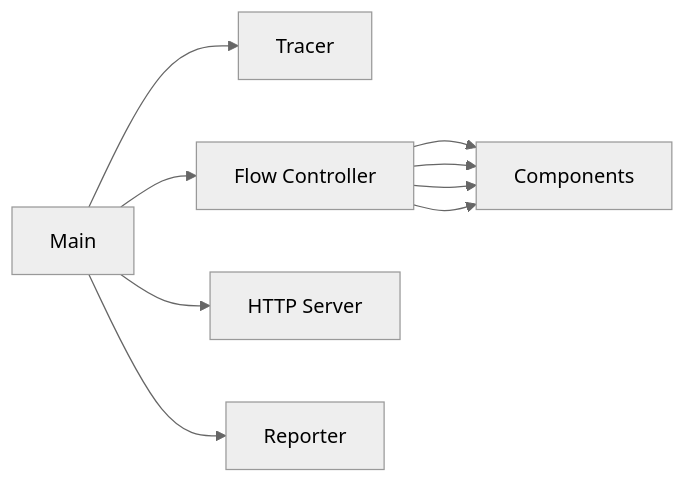
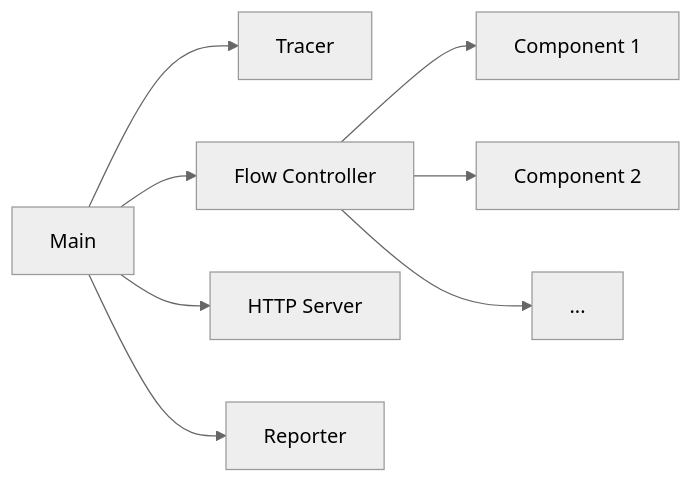
Before and after one commit to grafana/agent: the diagram in docs/sources/flow/concepts/concurrency.md, drawn with Mermaid (neutral theme).

Commit message:
update mermaid graph

````diff
--- a/docs/sources/flow/concepts/concurrency.md
+++ b/docs/sources/flow/concepts/concurrency.md
@@ -10,11 +10,10 @@
 ```mermaid
 graph LR
 A[Main] --> B[Tracer]
 A --> C[Flow Controller]
 A --> D[HTTP Server]
 A --> E[Reporter]
-C --> F[Components]
-C --> F[Components]
-C --> F[Components]
-C --> F[Components]
+C --> F[Component 1]
+C --> G[Component 2]
+C --> ...
 ```
````
